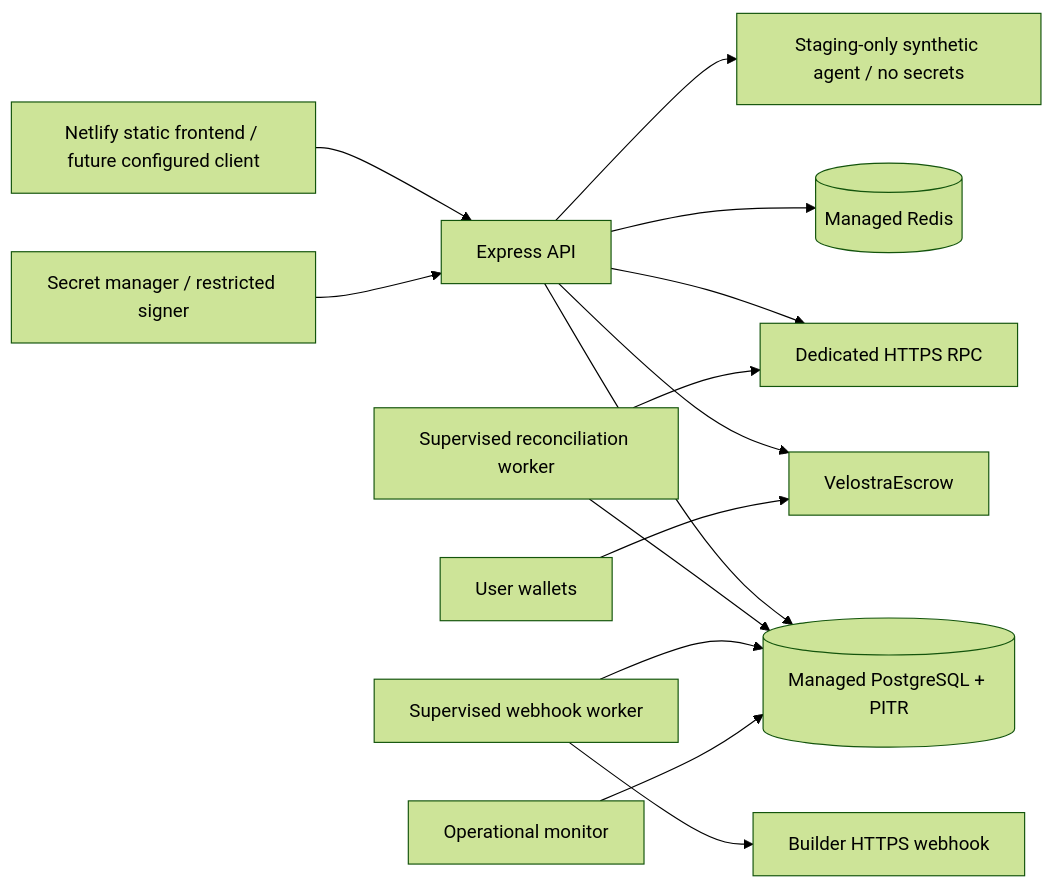
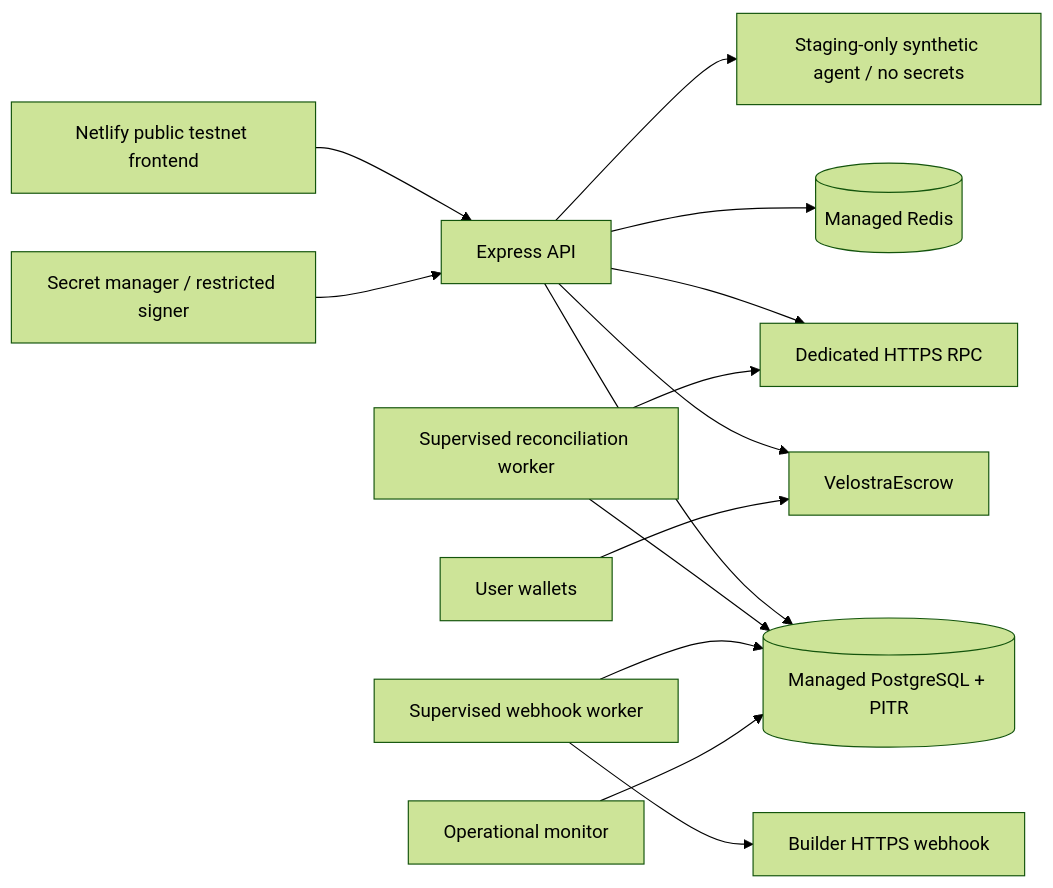
Before and after one commit to velostralabs/velostra: the diagram in docs/DEPLOYMENT.md, drawn with Mermaid (forest theme). The commit also changed other lines of this file and 6 other files, not shown here.

````diff
--- a/docs/DEPLOYMENT.md
+++ b/docs/DEPLOYMENT.md
@@ -50,16 +42,16 @@
 ```mermaid
 flowchart LR
-    CDN["Netlify static frontend / future configured client"] --> API["Express API"]
+    CDN["Netlify public testnet frontend"] --> API["Express API"]
     API --> PG[(Managed PostgreSQL + PITR)]
     API --> REDIS[(Managed Redis)]
     API --> RPC["Dedicated HTTPS RPC"]
     WORKER["Supervised reconciliation worker"] --> PG
     WORKER --> RPC
     HOOKS["Supervised webhook worker"] --> PG
     HOOKS --> RECEIVER["Builder HTTPS webhook"]
     MONITOR["Operational monitor"] --> PG
     API --> ESCROW["VelostraEscrow"]
     WALLETS["User wallets"] --> ESCROW
     SECRETS["Secret manager / restricted signer"] --> API
     API --> SYNTH["Staging-only synthetic agent / no secrets"]
 ```
````
